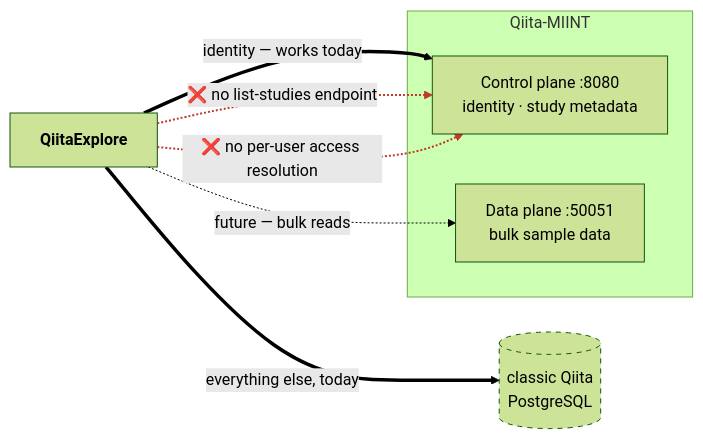
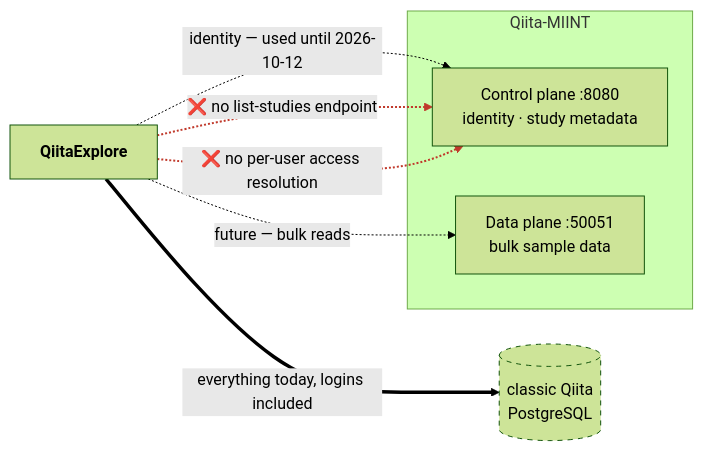
One commit to dhruvviveksharma/QiitaExplore changed the diagram in docs/11-roadmap.md. Above: the diagram before and after it, drawn with Mermaid (forest theme). The commit also changed other lines of this file and 64 other files, not shown here.

````diff
--- a/docs/11-roadmap.md
+++ b/docs/11-roadmap.md
@@ -20,21 +20,21 @@
 ```mermaid
 flowchart LR
     QE["<b>QiitaExplore</b>"]
 
     subgraph MIINT["Qiita-MIINT"]
         CP["Control plane :8080<br/>identity · study metadata"]
         DP["Data plane :50051<br/>bulk sample data"]
     end
 
     PG[("classic Qiita<br/>PostgreSQL")]
 
-    QE ==>|"identity — works today"| CP
+    QE -.->|"identity — used until 2026-10-12"| CP
     QE -.->|"❌ no list-studies endpoint"| CP
     QE -.->|"❌ no per-user access resolution"| CP
     QE -.->|"future — bulk reads"| DP
-    QE ==>|"everything else, today"| PG
+    QE ==>|"everything today, logins included"| PG
 
     style PG stroke-dasharray: 5 5
     linkStyle 1 stroke:#c0392b,stroke-width:2px
     linkStyle 2 stroke:#c0392b,stroke-width:2px
 ```
````
